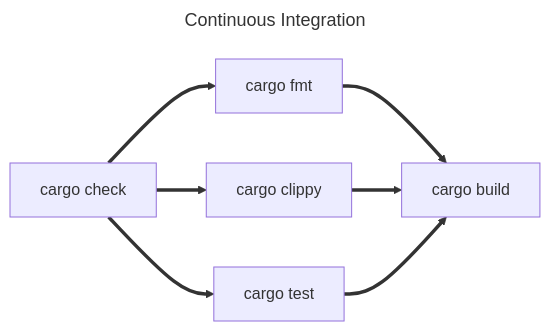
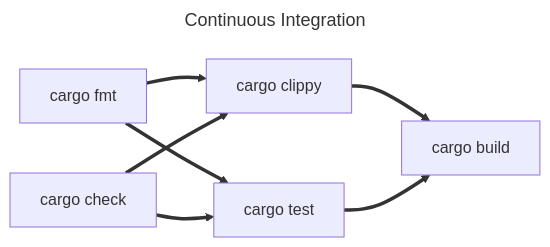
The first of 2 diagrams in src/language-basics/clippy-and-fmt.md (Rust-Simply/idiomatic-rust-in-simple-steps), drawn with Mermaid before and after one commit. The commit also changed other lines of this file and 21 other files, not shown here.

Commit message:
cargo fmt can come earlier in the CI process

````diff
--- a/src/language-basics/clippy-and-fmt.md
+++ b/src/language-basics/clippy-and-fmt.md
@@ -190,13 +190,18 @@
 ```mermaid
 ---
 title: Continuous Integration
 ---
 graph LR;
-    check["cargo check"]  ==> fmt["cargo fmt"]
-    check["cargo check"]  ==> clippy["cargo clippy"]
-    check["cargo check"]  ==> test["cargo test"]
+    check["cargo check"]
+    fmt["cargo fmt"]
+    clippy["cargo clippy"]
+    test["cargo test"]
+    build["cargo build"]
     
-    fmt ==> build["cargo build"]
+    fmt ==> clippy
+    fmt ==> test
+    check ==> clippy 
+    check ==> test
     clippy ==> build
     test ==> build
 ```
````
